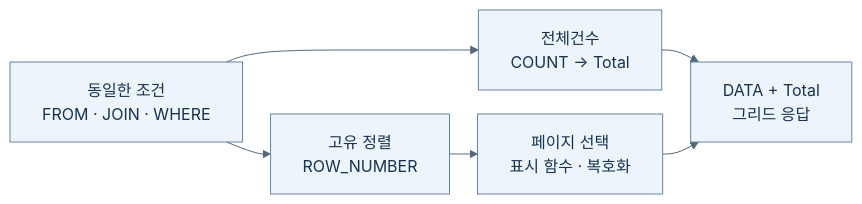
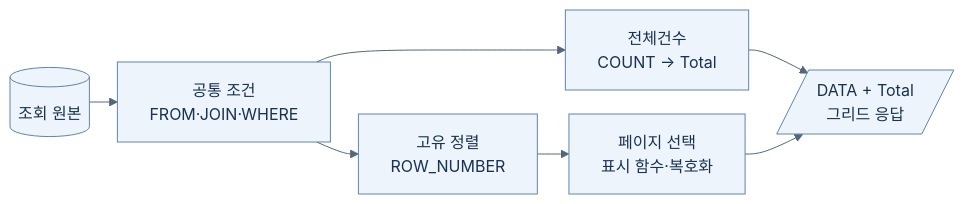
Before and after one commit to mnuil/mnuil: the diagram in assets/withhr/dev-server-paging-query.mmd, drawn with Mermaid. The commit also changed 16 other files, not shown here.

```diff
--- a/assets/withhr/dev-server-paging-query.mmd
+++ b/assets/withhr/dev-server-paging-query.mmd
@@ -1,7 +1,8 @@
 %%{init: {"theme":"base","fontFamily":"Malgun Gothic, sans-serif","themeVariables":{"fontFamily":"Malgun Gothic, sans-serif","fontSize":"16px","primaryColor":"#eef4fc","primaryTextColor":"#18324f","primaryBorderColor":"#6284aa","lineColor":"#526779","actorBkg":"#eef4fc","actorBorder":"#6284aa"},"flowchart":{"htmlLabels":true,"nodeSpacing":24,"rankSpacing":28,"padding":16},"sequence":{"actorMargin":35,"messageMargin":24,"noteMargin":12,"mirrorActors":false,"useMaxWidth":true}}}%%
 flowchart LR
-    A["동일한 조건<br/>FROM · JOIN · WHERE"] --> B["전체건수<br/>COUNT → Total"]
-    A --> C["고유 정렬<br/>ROW_NUMBER"]
-    C --> D["페이지 선택<br/>표시 함수 · 복호화"]
-    B --> E["DATA + Total<br/>그리드 응답"]
-    D --> E
+ S[("조회 원본")] --> A["공통 조건<br/>FROM·JOIN·WHERE"]
+ A --> B["전체건수<br/>COUNT → Total"]
+ A --> C["고유 정렬<br/>ROW_NUMBER"]
+ C --> D["페이지 선택<br/>표시 함수·복호화"]
+ B --> E[/"DATA + Total<br/>그리드 응답"/]
+ D --> E
```
